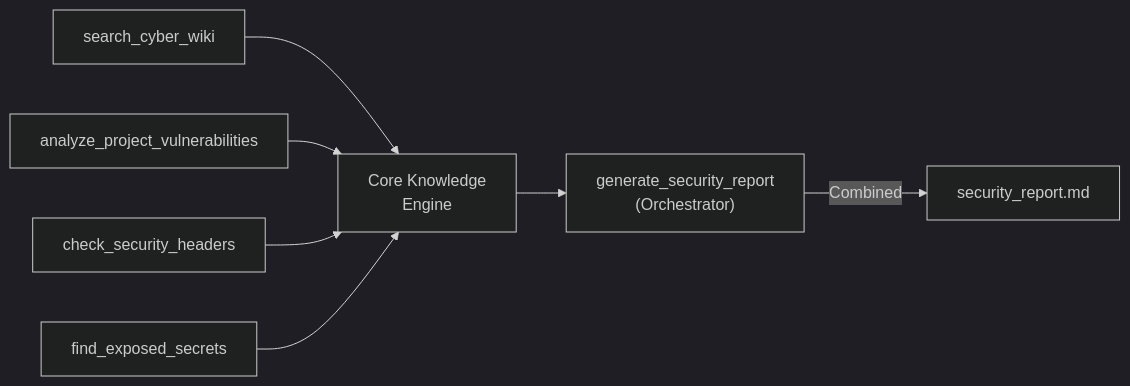
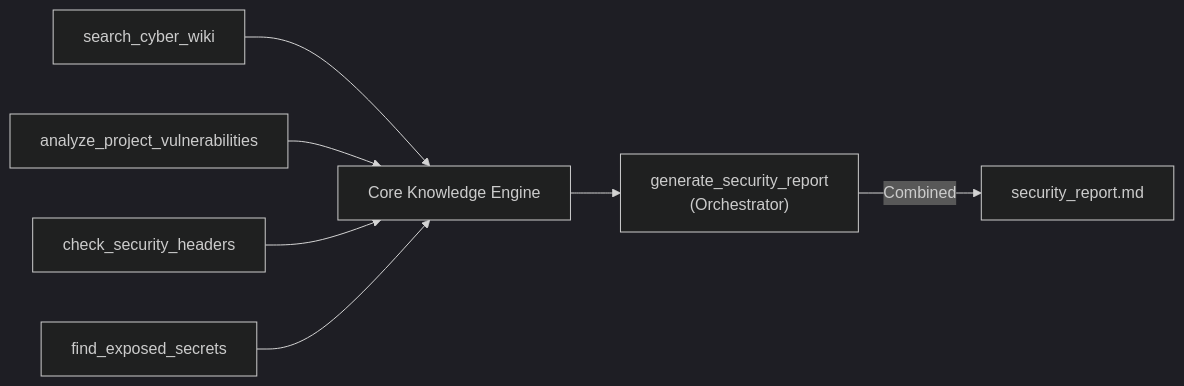
One commit to tasdeleno/SiberSelma changed the fifth of 5 diagrams in README.md. Above: the diagram before and after it, drawn with Mermaid (dark theme). The commit also changed other lines of this file, not shown here.

First line of the commit message:
fix: Mermaid diyagramlarından emoji ve HTML tag'leri temizlendi

````diff
--- a/README.md
+++ b/README.md
@@ -218,9 +218,9 @@
 ```mermaid
 graph LR
-    A["search_cyber_wiki"] --> B["Core Knowledge<br/>Engine"]
+    A["search_cyber_wiki"] --> B["Core Knowledge Engine"]
     C["analyze_project_vulnerabilities"] --> B
     D["check_security_headers"] --> B
     E["find_exposed_secrets"] --> B
-    B --> F["generate_security_report<br/>(Orchestrator)"]
+    B --> F["generate_security_report\n(Orchestrator)"]
     F -->|Combined| G["security_report.md"]
 ```
````
